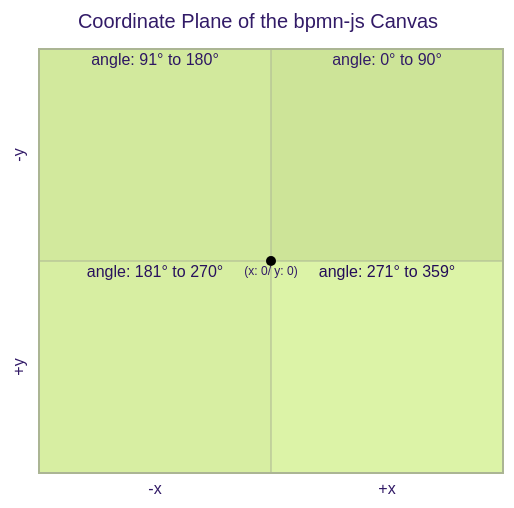
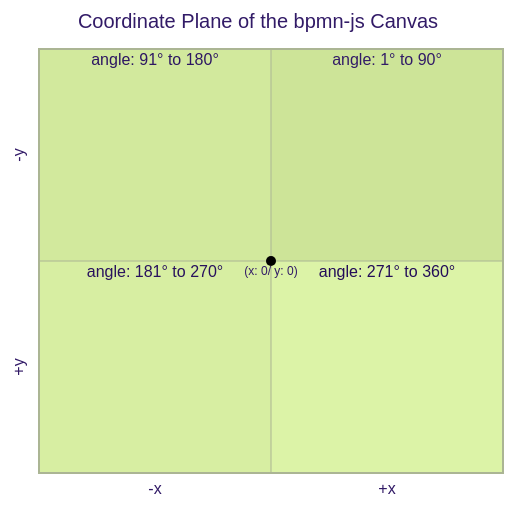
Before and after one commit to WPS/egon.io: the fifth of 5 diagrams in architecture.md, drawn with Mermaid (forest theme). The commit also changed other lines of this file, not shown here.

Commit message:
correct minor mistakes

````diff
--- a/architecture.md
+++ b/architecture.md
@@ -327,12 +327,12 @@
 ```mermaid
 
 quadrantChart
     title Coordinate Plane of the bpmn-js Canvas
     x-axis "-x" --> "+x"
     y-axis "+y" --> "-y"
-    quadrant-1 "angle: 0° to 90°"
+    quadrant-1 "angle: 1° to 90°"
     quadrant-2 "angle: 91° to 180°"
     quadrant-3 "angle: 181° to 270°"
-    quadrant-4 "angle: 271° to 359°"
+    quadrant-4 "angle: 271° to 360°"
     "(x: 0/ y: 0)": [0.5, 0.5]
 ```    
````
